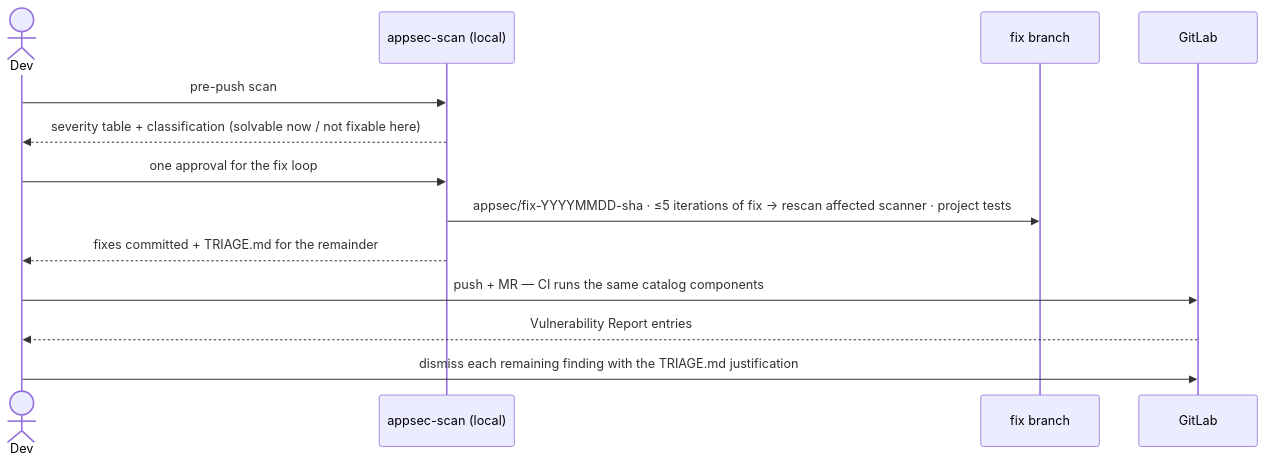
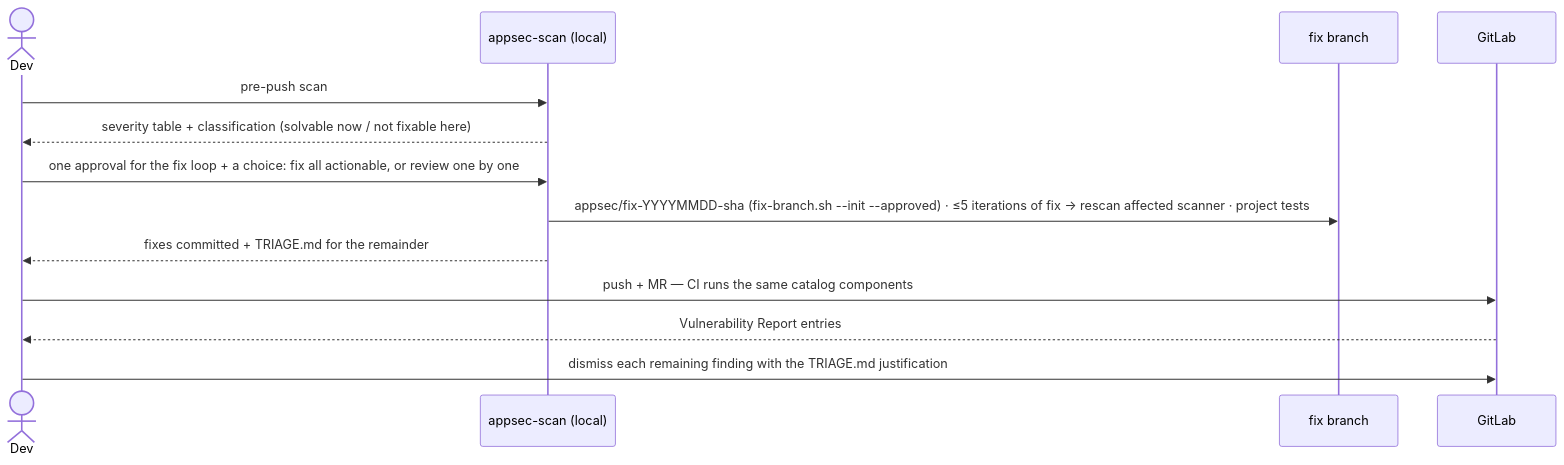
One commit to xotong/claude-marketplace changed the third of 3 diagrams in plugins/appsec/skills/appsec-scan/docs/ARCHITECTURE.md. Above: the diagram before and after it, drawn with Mermaid. The commit also changed other lines of this file and 75 other files, not shown here.

````diff
--- a/plugins/appsec/skills/appsec-scan/docs/ARCHITECTURE.md
+++ b/plugins/appsec/skills/appsec-scan/docs/ARCHITECTURE.md
@@ -350,15 +497,15 @@
 ```mermaid
 sequenceDiagram
     actor Dev
     participant SK as appsec-scan (local)
     participant BR as fix branch
     participant GL as GitLab
     Dev->>SK: pre-push scan
     SK-->>Dev: severity table + classification (solvable now / not fixable here)
-    Dev->>SK: one approval for the fix loop
-    SK->>BR: appsec/fix-YYYYMMDD-sha · ≤5 iterations of fix → rescan affected scanner · project tests
+    Dev->>SK: one approval for the fix loop + a choice: fix all actionable, or review one by one
+    SK->>BR: appsec/fix-YYYYMMDD-sha (fix-branch.sh --init --approved) · ≤5 iterations of fix → rescan affected scanner · project tests
     SK-->>Dev: fixes committed + TRIAGE.md for the remainder
     Dev->>GL: push + MR — CI runs the same catalog components
     GL-->>Dev: Vulnerability Report entries
     Dev->>GL: dismiss each remaining finding with the TRIAGE.md justification
 ```
````
